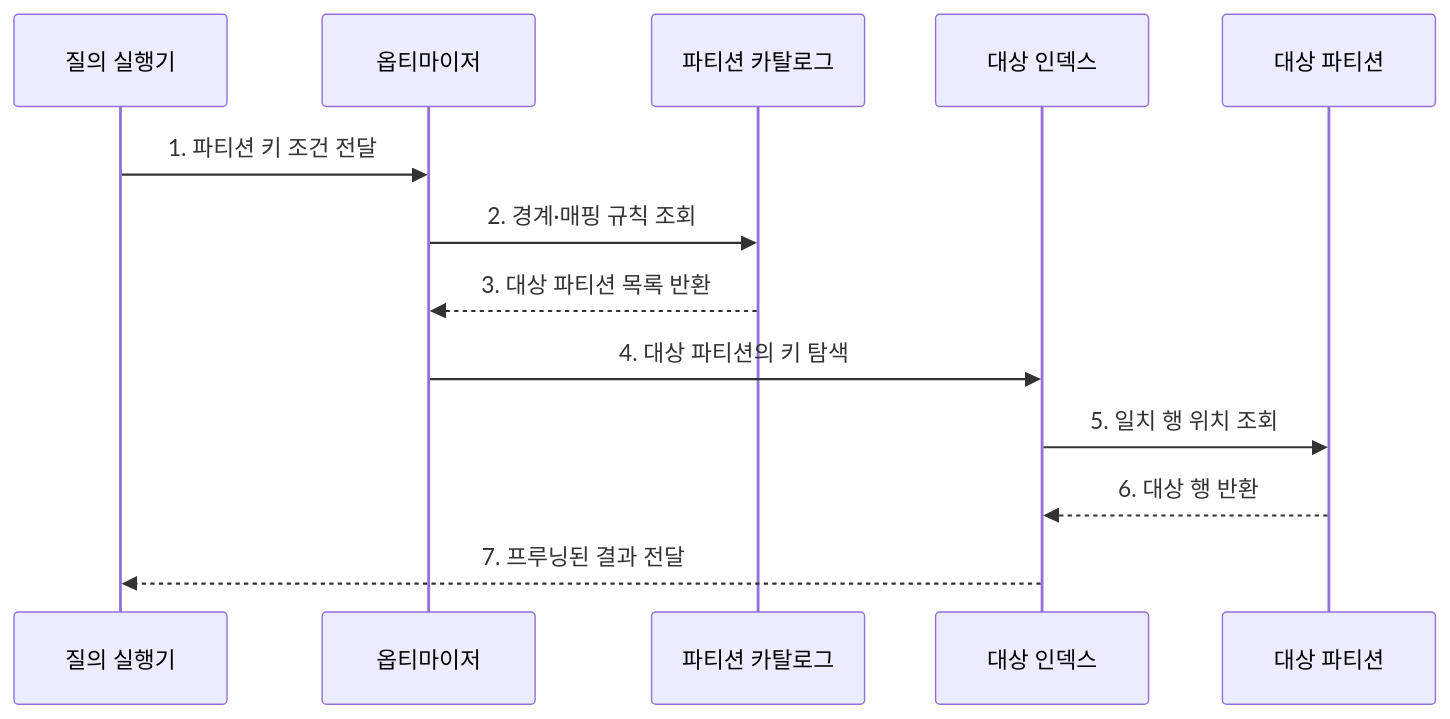
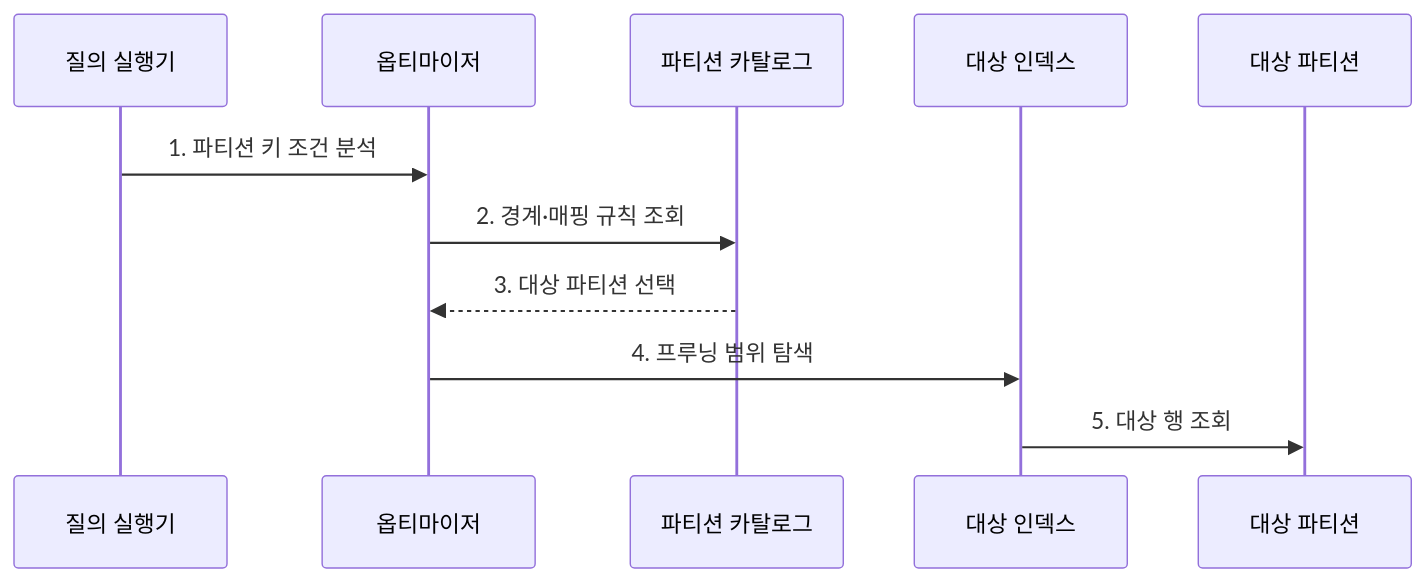
Before and after one commit to agnusdei1207/knowledge-base: the second of 2 diagrams in src/content/docs/notes/03-software/098_partitioning.md, drawn with Mermaid. The commit also changed other lines of this file and 238 other files, not shown here.

````diff
--- a/src/content/docs/notes/03-software/098_partitioning.md
+++ b/src/content/docs/notes/03-software/098_partitioning.md
@@ -77,15 +77,13 @@
 ```mermaid
 sequenceDiagram
     participant Q as 질의 실행기
     participant O as 옵티마이저
     participant C as 파티션 카탈로그
     participant I as 대상 인덱스
     participant P as 대상 파티션
-    Q->>O: 1. 파티션 키 조건 전달
+    Q->>O: 1. 파티션 키 조건 분석
     O->>C: 2. 경계·매핑 규칙 조회
-    C-->>O: 3. 대상 파티션 목록 반환
-    O->>I: 4. 대상 파티션의 키 탐색
-    I->>P: 5. 일치 행 위치 조회
-    P-->>I: 6. 대상 행 반환
-    I-->>Q: 7. 프루닝된 결과 전달
+    C-->>O: 3. 대상 파티션 선택
+    O->>I: 4. 프루닝 범위 탐색
+    I->>P: 5. 대상 행 조회
 ```
````
